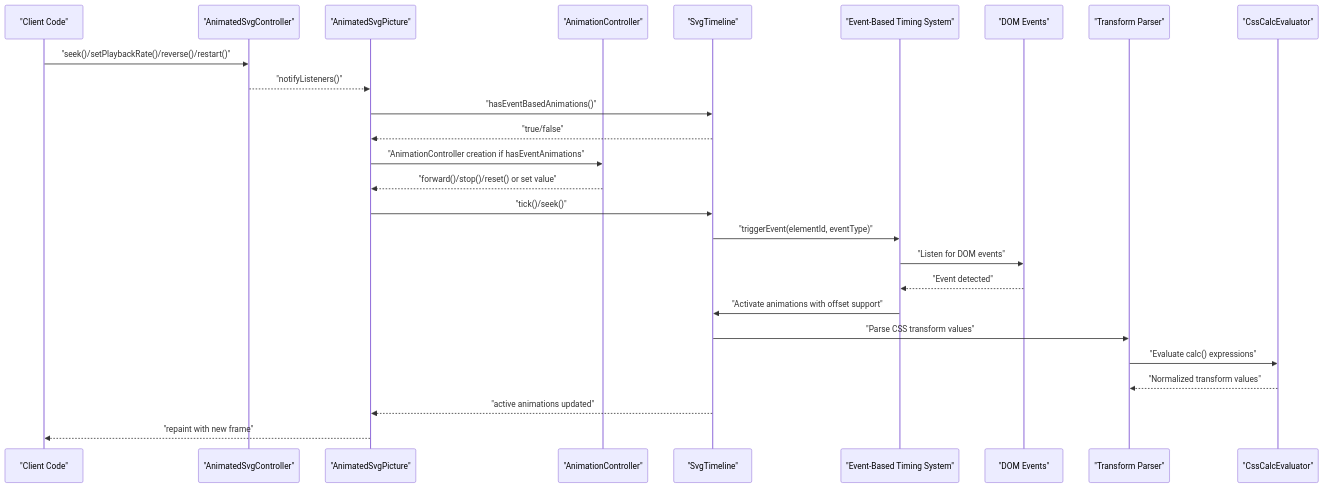
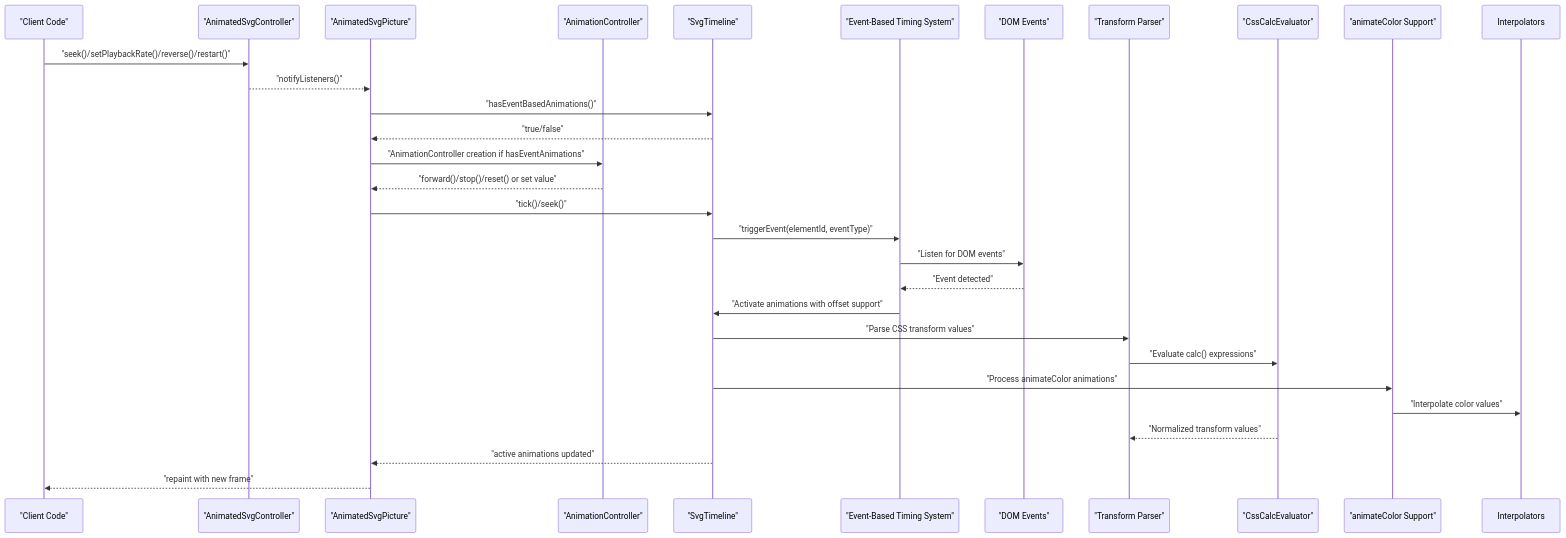
The second of 4 diagrams in .qoder/repowiki/en/content/API Reference/Animation APIs.md (denisnadey/flutter_full_svg_support), drawn with Mermaid before and after one commit. The commit also changed other lines of this file and 10 other files, not shown here.

First line of the commit message:
feat(animation): add animateColor support and enhance animation systems

````diff
--- a/.qoder/repowiki/en/content/API Reference/Animation APIs.md
+++ b/.qoder/repowiki/en/content/API Reference/Animation APIs.md
@@ -161,28 +168,31 @@
 ```mermaid
 sequenceDiagram
 participant Client as "Client Code"
 participant Controller as "AnimatedSvgController"
 participant Picture as "AnimatedSvgPicture"
 participant AC as "AnimationController"
 participant TL as "SvgTimeline"
 participant EventSys as "Event-Based Timing System"
 participant DOM as "DOM Events"
 participant TransformParser as "Transform Parser"
 participant CalcEval as "CssCalcEvaluator"
+participant AnimColor as "animateColor Support"
 Client->>Controller : "seek()/setPlaybackRate()/reverse()/restart()"
 Controller-->>Picture : "notifyListeners()"
 Picture->>TL : "hasEventBasedAnimations()"
 TL-->>Picture : "true/false"
 Picture->>AC : "AnimationController creation if hasEventAnimations"
 AC-->>Picture : "forward()/stop()/reset() or set value"
 Picture->>TL : "tick()/seek()"
 TL->>EventSys : "triggerEvent(elementId, eventType)"
 EventSys->>DOM : "Listen for DOM events"
 DOM-->>EventSys : "Event detected"
 EventSys->>TL : "Activate animations with offset support"
 TL->>TransformParser : "Parse CSS transform values"
 TransformParser->>CalcEval : "Evaluate calc() expressions"
+TL->>AnimColor : "Process animateColor animations"
+AnimColor->>Interpolators : "Interpolate color values"
 CalcEval-->>TransformParser : "Normalized transform values"
 TL-->>Picture : "active animations updated"
 Picture-->>Client : "repaint with new frame"
 ```
````
